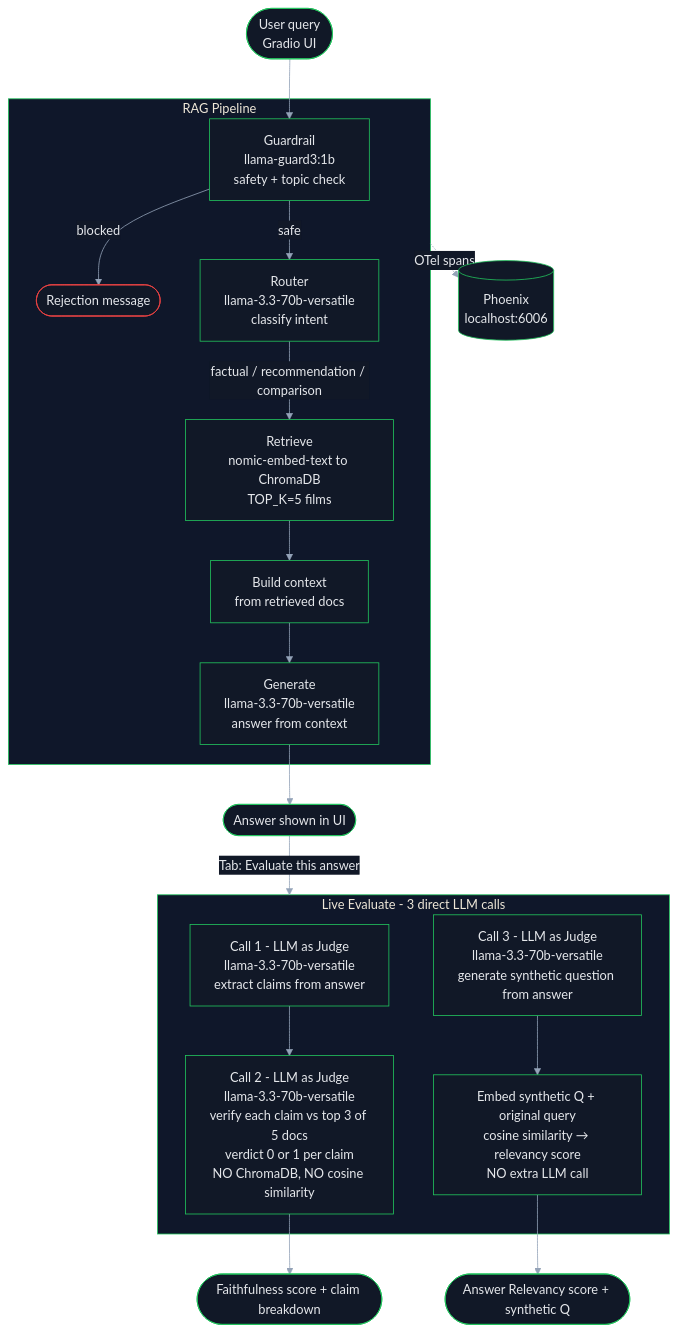
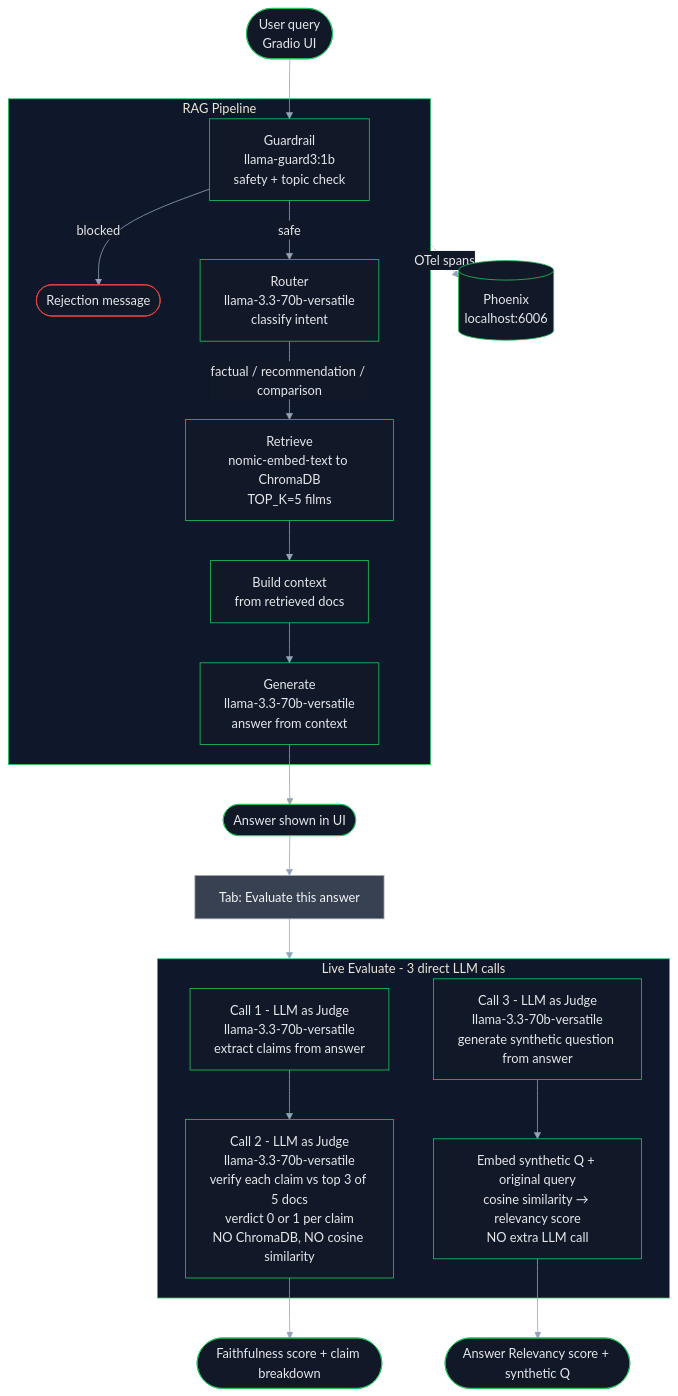
The diagram in README.md (giovannitammaroaws/local-rag-film-chatbot), drawn with Mermaid before and after one commit.

Commit message:
Center evaluate tab label in Mermaid diagram

````diff
--- a/README.md
+++ b/README.md
@@ -37,51 +37,53 @@
 ```mermaid
 %%{init: {
   "theme": "base",
   "themeVariables": {
     "background": "#0b1220",
     "primaryColor": "#111827",
     "primaryTextColor": "#e5e7eb",
     "primaryBorderColor": "#22c55e",
     "lineColor": "#94a3b8",
     "secondaryColor": "#111827",
     "tertiaryColor": "#111827",
     "clusterBkg": "#0f172a",
     "clusterBorder": "#22c55e"
   }
 }}%%
 flowchart TD
     U([User query<br/>Gradio UI]) --> G
 
     subgraph PIPE[RAG Pipeline]
         G["Guardrail<br/>llama-guard3:1b<br/>safety + topic check"]
         G -->|blocked| REJ([Rejection message])
         G -->|safe| RT["Router<br/>llama-3.3-70b-versatile<br/>classify intent"]
         RT -->|factual / recommendation / comparison| RET["Retrieve<br/>nomic-embed-text to ChromaDB<br/>TOP_K=5 films"]
         RET --> CTX[Build context<br/>from retrieved docs]
         CTX --> GEN["Generate<br/>llama-3.3-70b-versatile<br/>answer from context"]
     end
 
     GEN --> ANS([Answer shown in UI])
     PIPE -.->|OTel spans| PH[(Phoenix<br/>localhost:6006)]
 
-    ANS -->|Tab: Evaluate this answer| LIVE
+    ANS --> TAB[Tab: Evaluate this answer]
+    TAB --> LIVE
 
     subgraph LIVE[Live Evaluate - 3 direct LLM calls]
         L1["Call 1 - LLM as Judge<br/>llama-3.3-70b-versatile<br/>extract claims from answer"]
         L2["Call 2 - LLM as Judge<br/>llama-3.3-70b-versatile<br/>verify each claim vs top 3 of 5 docs<br/>verdict 0 or 1 per claim<br/>NO ChromaDB, NO cosine similarity"]
         L3["Call 3 - LLM as Judge<br/>llama-3.3-70b-versatile<br/>generate synthetic question from answer"]
         L4["Embed synthetic Q + original query<br/>cosine similarity → relevancy score<br/>NO extra LLM call"]
         L1 --> L2
         L3 --> L4
     end
 
     L2 --> SCORE([Faithfulness score + claim breakdown])
     L4 --> SCORE2([Answer Relevancy score + synthetic Q])
 
     style U fill:#111827,stroke:#22c55e,color:#e5e7eb
+    style TAB fill:#374151,stroke:#9ca3af,color:#f3f4f6
     style REJ fill:#111827,stroke:#ef4444,color:#e5e7eb
     style ANS fill:#111827,stroke:#22c55e,color:#e5e7eb
     style PH fill:#111827,stroke:#22c55e,color:#e5e7eb
     style SCORE fill:#111827,stroke:#22c55e,color:#e5e7eb
     style SCORE2 fill:#111827,stroke:#22c55e,color:#e5e7eb
 ```
````
